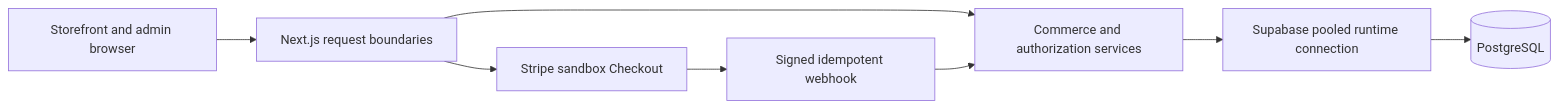
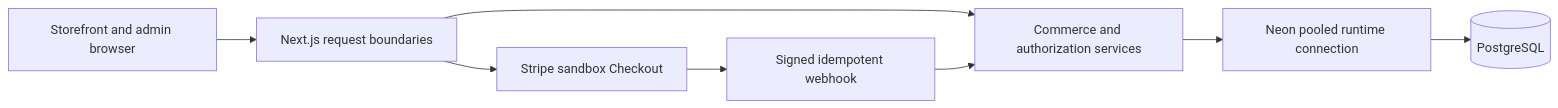
The diagram in README.md (simonjr07/maison-vale), drawn with Mermaid before and after one commit. The commit also changed other lines of this file and 18 other files, not shown here.

````diff
--- a/README.md
+++ b/README.md
@@ -45,10 +45,10 @@
 ```mermaid
 flowchart LR
     Browser[Storefront and admin browser] --> Next[Next.js request boundaries]
     Next --> Services[Commerce and authorization services]
-    Services --> Pool[Supabase pooled runtime connection]
+    Services --> Pool[Neon pooled runtime connection]
     Pool --> DB[(PostgreSQL)]
     Next --> Stripe[Stripe sandbox Checkout]
     Stripe --> Webhook[Signed idempotent webhook]
     Webhook --> Services
 ```
````
